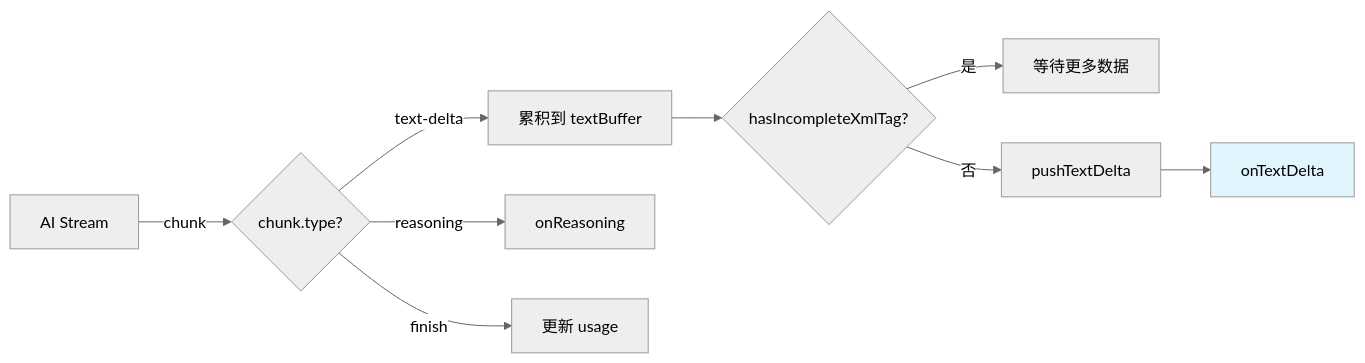
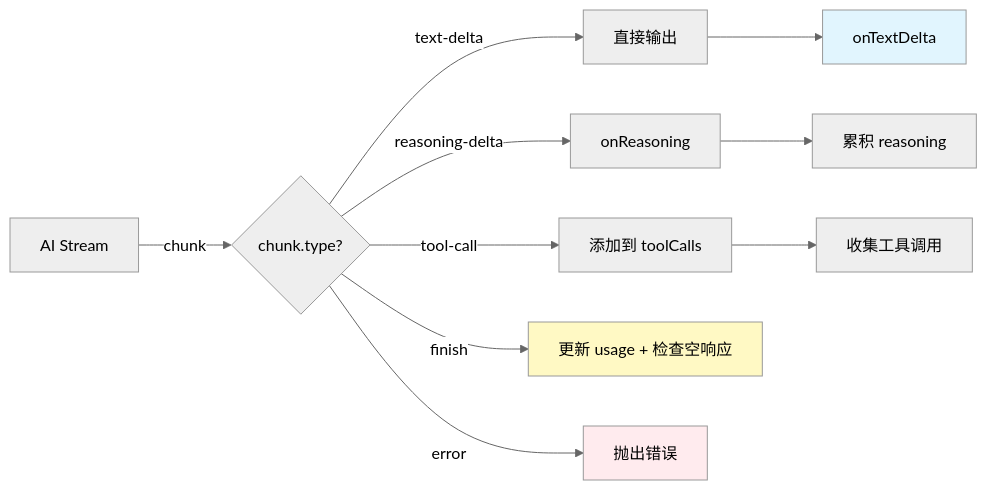
Before and after one commit to cloudyan/neovate-code: the sixth of 6 diagrams in docs/loop.md, drawn with Mermaid (neutral theme). The commit also changed other lines of this file, not shown here.

Commit message:
feat: add error retry mechanism and stream result tracking in loop

````diff
--- a/docs/loop.md
+++ b/docs/loop.md
@@ -1266,14 +1496,17 @@
 ```mermaid
 graph LR
     A[AI Stream] -->|chunk| B{chunk.type?}
-    B -->|text-delta| C[累积到 textBuffer]
-    B -->|reasoning| D[onReasoning]
-    B -->|finish| E[更新 usage]
+    B -->|text-delta| C[直接输出]
+    B -->|reasoning-delta| D[onReasoning]
+    B -->|tool-call| E[添加到 toolCalls]
+    B -->|finish| F[更新 usage + 检查空响应]
+    B -->|error| G[抛出错误]
 
-    C --> F{hasIncompleteXmlTag?}
-    F -->|是| G[等待更多数据]
-    F -->|否| H[pushTextDelta]
-    H --> I[onTextDelta]
+    C --> H[onTextDelta]
+    D --> I[累积 reasoning]
+    E --> J[收集工具调用]
 
-    style I fill:#e1f5fe,color:#000
+    style H fill:#e1f5fe,color:#000
+    style F fill:#fff9c4,color:#000
+    style G fill:#ffebee,color:#000
 ```
````
